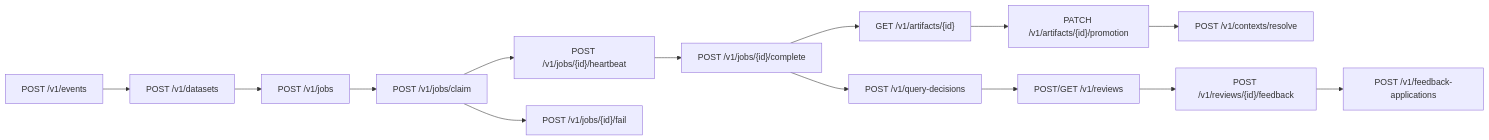
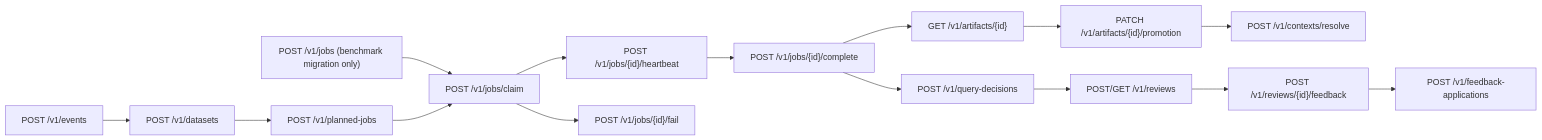
Before and after one commit to KDBRonaldo/OpenEvo: the third of 4 diagrams in docs/architecture/evolution-backend.md, drawn with Mermaid. The commit also changed other lines of this file and 69 other files, not shown here.

````diff
--- a/docs/architecture/evolution-backend.md
+++ b/docs/architecture/evolution-backend.md
@@ -119,24 +132,26 @@
 ```mermaid
 flowchart LR
     Events["POST /v1/events"]
     Datasets["POST /v1/datasets"]
-    Jobs["POST /v1/jobs"]
+    PlannedJobs["POST /v1/planned-jobs"]
+    LegacyJobs["POST /v1/jobs (benchmark migration only)"]
     Claim["POST /v1/jobs/claim"]
     Heartbeat["POST /v1/jobs/{id}/heartbeat"]
     Complete["POST /v1/jobs/{id}/complete"]
     Fail["POST /v1/jobs/{id}/fail"]
     ArtifactRead["GET /v1/artifacts/{id}"]
     Promote["PATCH /v1/artifacts/{id}/promotion"]
     Resolve["POST /v1/contexts/resolve"]
     Reviews["POST/GET /v1/reviews"]
     Feedback["POST /v1/reviews/{id}/feedback"]
     Query["POST /v1/query-decisions"]
     Applications["POST /v1/feedback-applications"]
 
     Events --> Datasets
-    Datasets --> Jobs
-    Jobs --> Claim --> Heartbeat --> Complete
+    Datasets --> PlannedJobs
+    LegacyJobs --> Claim
+    PlannedJobs --> Claim --> Heartbeat --> Complete
     Claim --> Fail
     Complete --> ArtifactRead --> Promote --> Resolve
     Complete --> Query --> Reviews --> Feedback --> Applications
 ```
````
